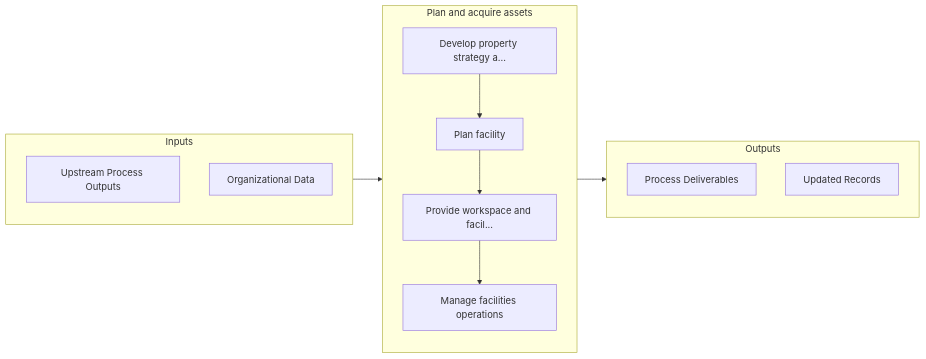
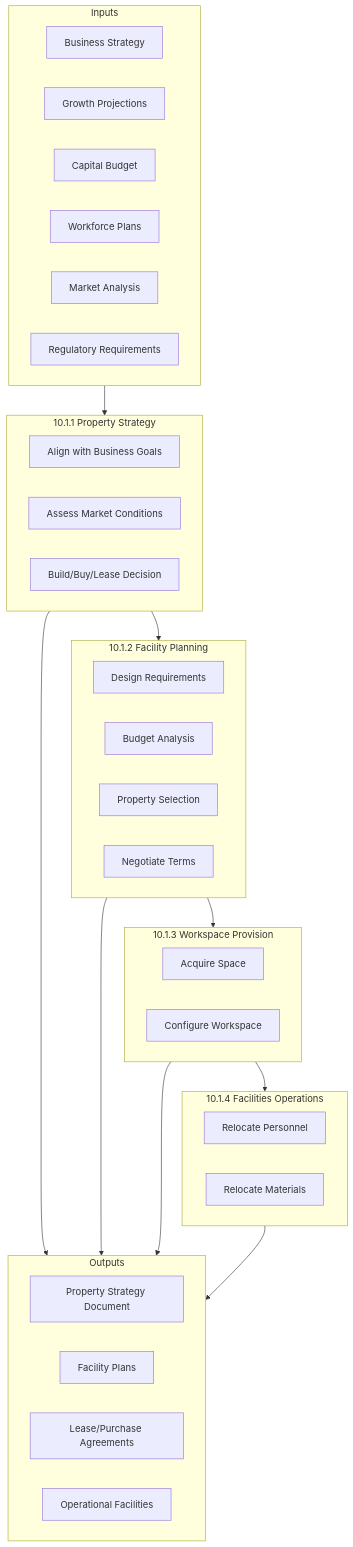
One commit to kziemski/business.org.ai changed the second of 3 diagrams in processes/10-Assets/10.1-PlanAcquireAssets/index.mdx. Above: the diagram before and after it, drawn with Mermaid. The commit also changed other lines of this file and 885 other files, not shown here.

````diff
--- a/processes/10-Assets/10.1-PlanAcquireAssets/index.mdx
+++ b/processes/10-Assets/10.1-PlanAcquireAssets/index.mdx
@@ -61,24 +58,50 @@
 ```mermaid
-flowchart LR
+flowchart TB
     subgraph Inputs["Inputs"]
-        I1["Upstream Process Outputs"]
-        I2["Organizational Data"]
+        I1["Business Strategy"]
+        I2["Growth Projections"]
+        I3["Capital Budget"]
+        I4["Workforce Plans"]
+        I5["Market Analysis"]
+        I6["Regulatory Requirements"]
     end
 
-    subgraph Process["Plan and acquire assets"]
-        S1["Develop property strategy a..."]
-        S2["Plan facility"]
-        S3["Provide workspace and facil..."]
-        S4["Manage facilities operations"]
+    subgraph Strategy["10.1.1 Property Strategy"]
+        S1["Align with Business Goals"]
+        S2["Assess Market Conditions"]
+        S3["Build/Buy/Lease Decision"]
+    end
+
+    subgraph Planning["10.1.2 Facility Planning"]
+        P1["Design Requirements"]
+        P2["Budget Analysis"]
+        P3["Property Selection"]
+        P4["Negotiate Terms"]
+    end
+
+    subgraph Provision["10.1.3 Workspace Provision"]
+        W1["Acquire Space"]
+        W2["Configure Workspace"]
+    end
+
+    subgraph Operations["10.1.4 Facilities Operations"]
+        O1["Relocate Personnel"]
+        O2["Relocate Materials"]
     end
 
     subgraph Outputs["Outputs"]
-        O1["Process Deliverables"]
-        O2["Updated Records"]
+        OUT1["Property Strategy Document"]
+        OUT2["Facility Plans"]
+        OUT3["Lease/Purchase Agreements"]
+        OUT4["Operational Facilities"]
     end
 
-    Inputs --> Process --> Outputs
-    S1 --> S2
-    S2 --> S3
-    S3 --> S4
+    Inputs --> Strategy
+    Strategy --> Planning
+    Planning --> Provision
+    Provision --> Operations
+    Strategy --> Outputs
+    Planning --> Outputs
+    Provision --> Outputs
+    Operations --> Outputs
 ```
````
